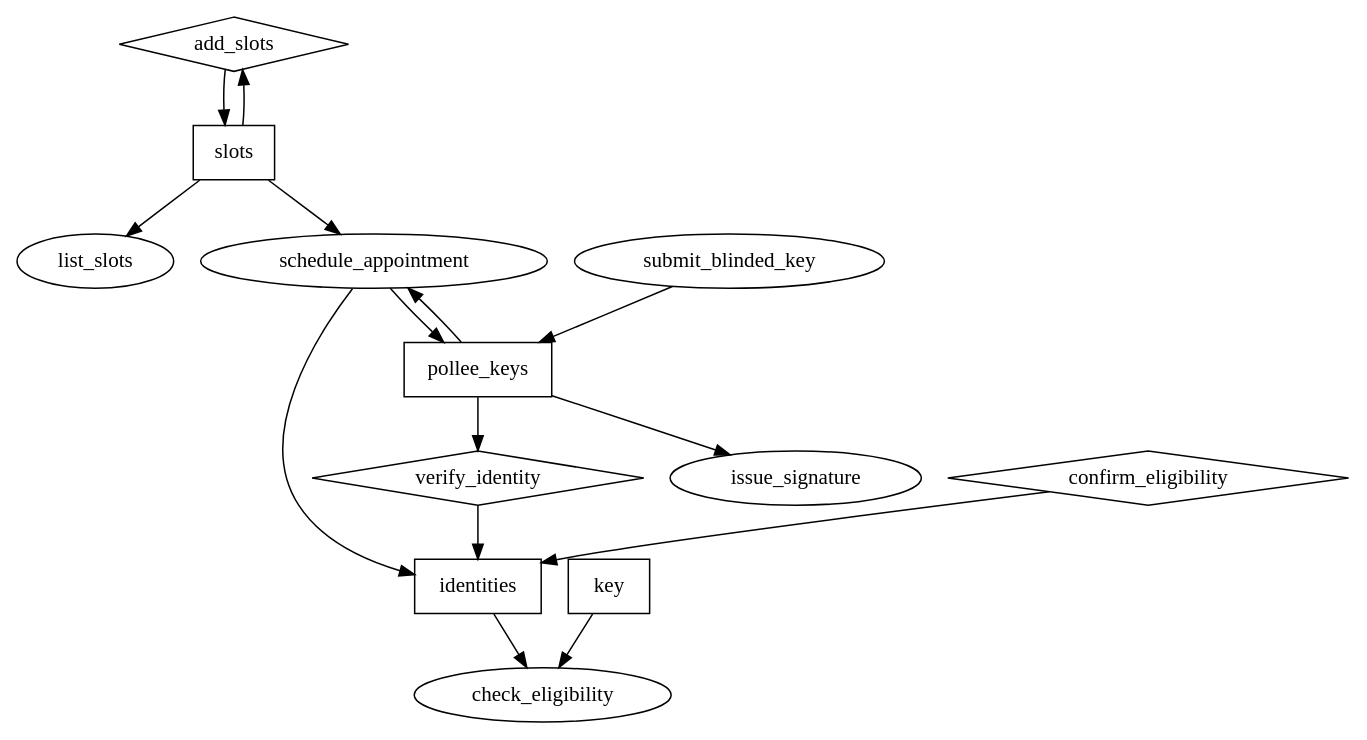
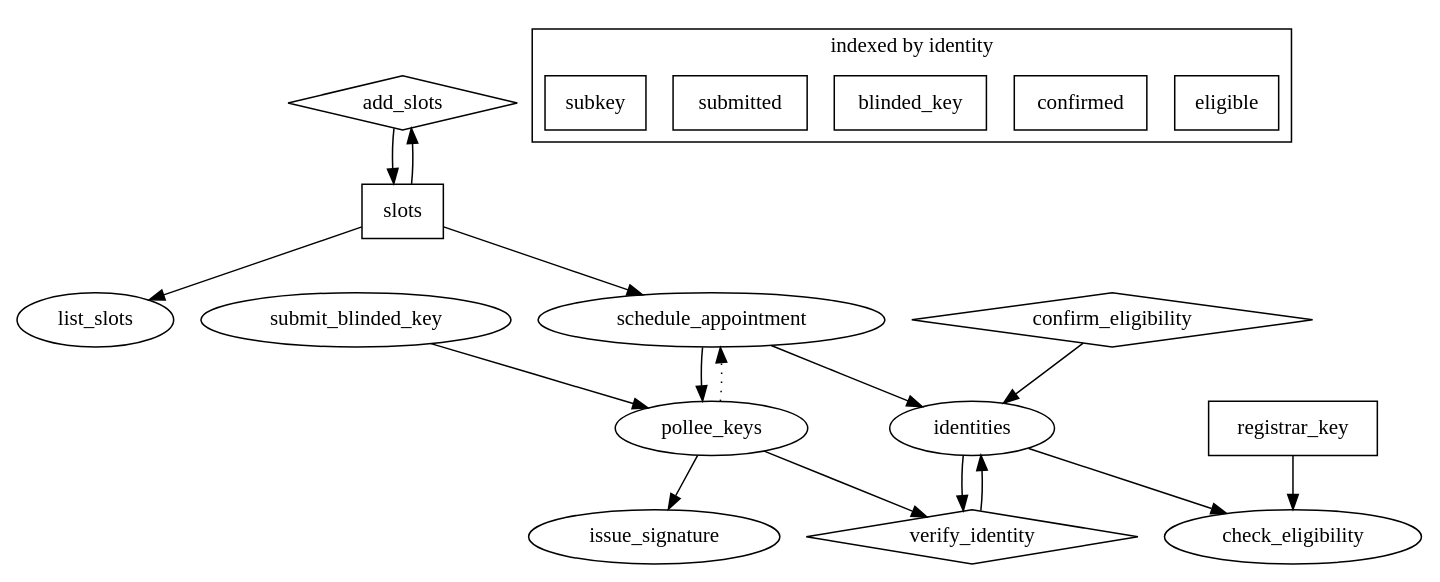
One commit to securepollingsystem/securepolling changed the diagram in doc/registrar.dot. Above: the diagram before and after it, drawn with Graphviz. The commit also changed 2 other files, not shown here.

```diff
--- a/doc/registrar.dot
+++ b/doc/registrar.dot
@@ -1,45 +1,50 @@
 digraph {
 /*
   poller [shape="hexagon"]
   poller -> list_slots -> poller
   poller -> schedule_appointment -> poller
   poller -> submit_blinded_key
   check_eligibility -> poller
   issue_signature -> poller
 */
 
   // Interfaces
   add_slots [shape="diamond"]
   list_slots
   schedule_appointment
   verify_identity [shape="diamond"]
   check_eligibility
   issue_signature
   submit_blinded_key
   confirm_eligibility [shape="diamond"]
 
   // Data
-  key, slots, identities, pollee_keys [shape="box"]
+  registrar_key, slots [shape="box"]
+  subgraph cluster_identities {
+    label="indexed by identity"
+    eligible, confirmed, blinded_key, blinded_key, submitted, subkey [shape="box"]
+  }
 
   // add_slots, list_slots
   slots -> add_slots -> slots
   slots -> list_slots
 
   // schedule_appointment
   slots -> schedule_appointment
-  pollee_keys -> schedule_appointment -> pollee_keys
   schedule_appointment -> identities
+  pollee_keys -> schedule_appointment [style="dotted"]
+  schedule_appointment -> pollee_keys
 
   // confirm_eligibility
   confirm_eligibility -> identities
 
   // check_eligibility
-  key -> check_eligibility
+  registrar_key -> check_eligibility
   identities -> check_eligibility
 
   // TODO
-  submit_blinded_key -> pollee_keys
-  pollee_keys -> verify_identity
-  verify_identity -> identities
-  pollee_keys -> issue_signature
+    submit_blinded_key -> pollee_keys
+    pollee_keys -> verify_identity
+    identities -> verify_identity -> identities
+    pollee_keys -> issue_signature
 }
```
